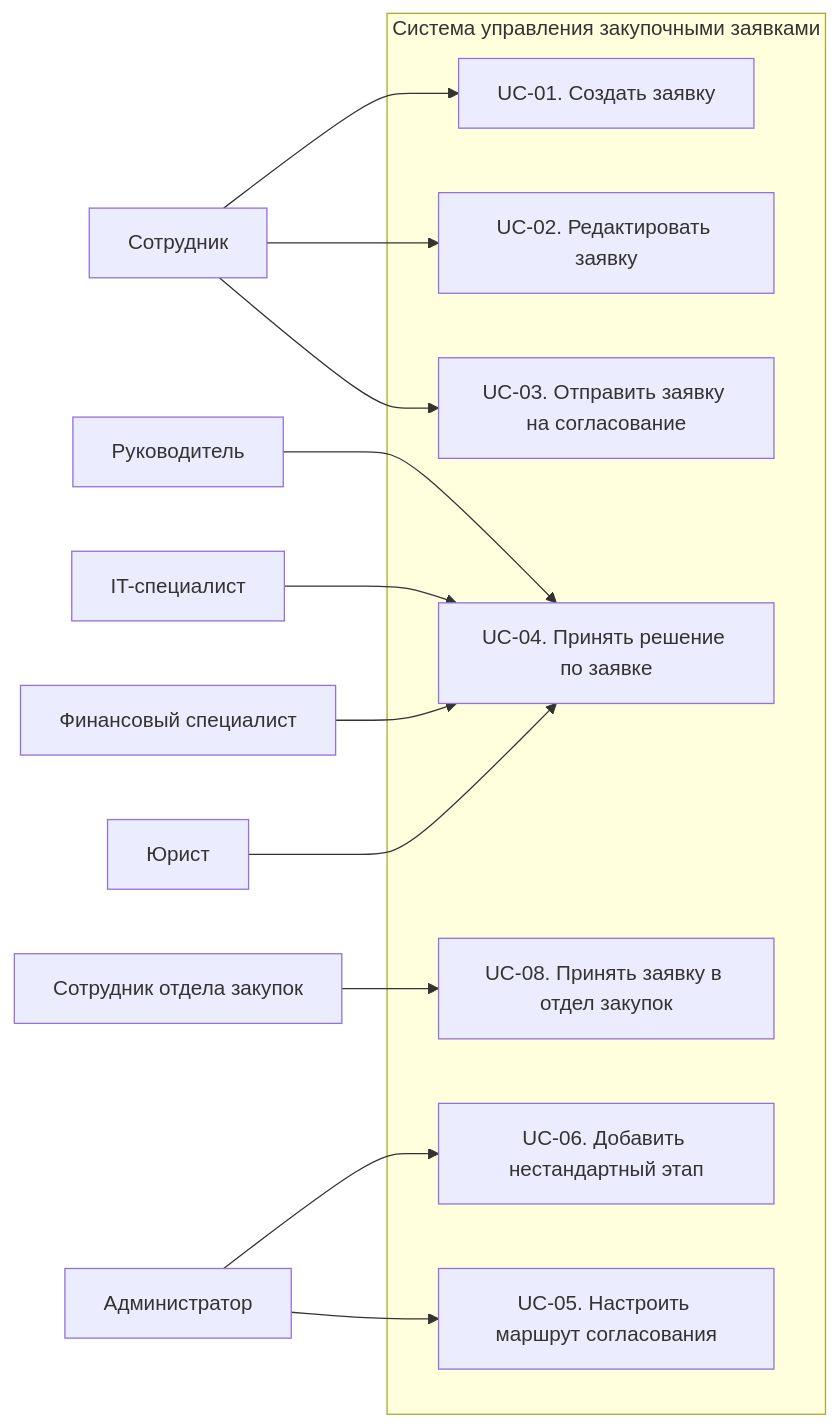
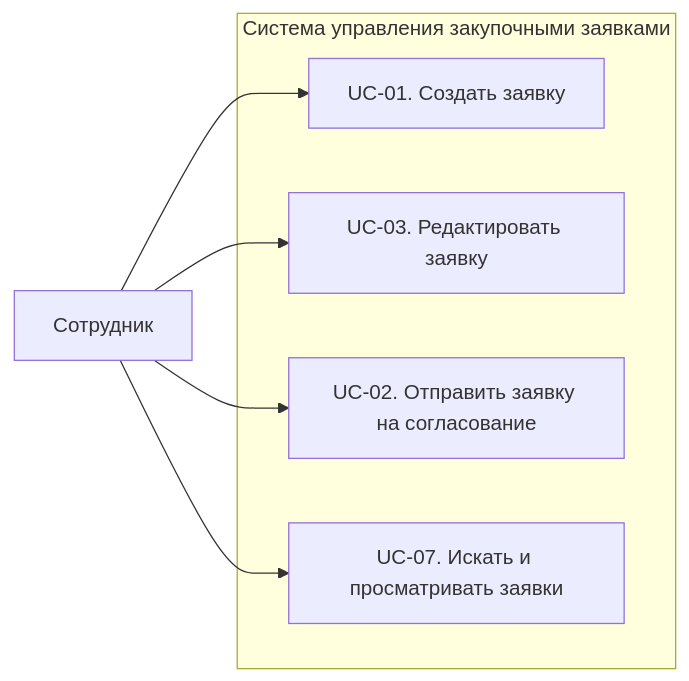
The first of 4 diagrams in docs/system-analysis/uml/use-case-diagram.md (Maria27273/procurement-process-analysis), drawn with Mermaid before and after one commit. The commit also changed other lines of this file, not shown here.

````diff
--- a/docs/system-analysis/uml/use-case-diagram.md
+++ b/docs/system-analysis/uml/use-case-diagram.md
@@ -3,41 +23,17 @@
 ```mermaid
 graph LR
 
     Employee["Сотрудник"]
-    Manager["Руководитель"]
-    IT["IT-специалист"]
-    Finance["Финансовый специалист"]
-    Legal["Юрист"]
-    Purchasing["Сотрудник отдела закупок"]
-    Admin["Администратор"]
 
     subgraph System["Система управления закупочными заявками"]
-
         UC1["UC-01. Создать заявку"]
-        UC2["UC-02. Редактировать заявку"]
-        UC3["UC-03. Отправить заявку на согласование"]
-
-        UC4["UC-04. Принять решение по заявке"]
-
-        UC5["UC-06. Добавить нестандартный этап"]
-
-        UC6["UC-08. Принять заявку в отдел закупок"]
-
-        UC7["UC-05. Настроить маршрут согласования"]
-
+        UC2["UC-03. Редактировать заявку"]
+        UC3["UC-02. Отправить заявку на согласование"]
+        UC4["UC-07. Искать и просматривать заявки"]
     end
 
     Employee --> UC1
     Employee --> UC2
     Employee --> UC3
-
-    Manager --> UC4
-    IT --> UC4
-    Finance --> UC4
-    Legal --> UC4
-
-    Admin --> UC5
-    Admin --> UC7
-
-    Purchasing --> UC6
+    Employee --> UC4
 ```
````
